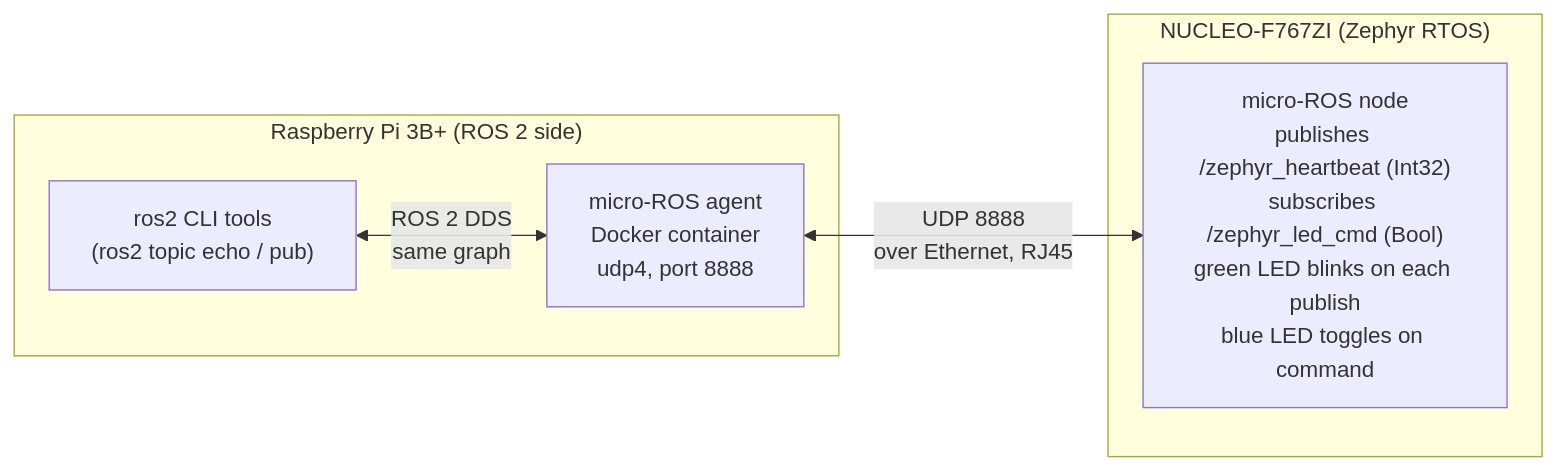
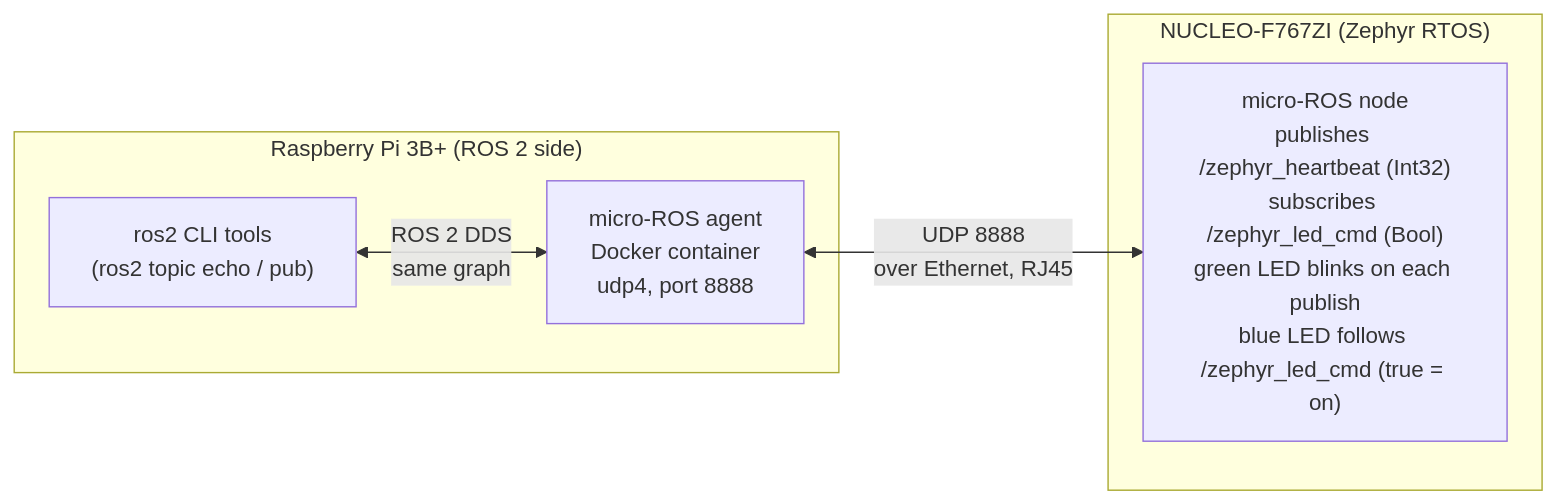
The diagram in README.md (mitselec/microros_nucleo_pi), drawn with Mermaid before and after one commit. The commit also changed other lines of this file and 3 other files, not shown here.

First line of the commit message:
Make /zephyr_led_cmd a level command instead of a toggle

````diff
--- a/README.md
+++ b/README.md
@@ -9,14 +9,14 @@
 ```mermaid
 flowchart LR
     subgraph PI["Raspberry Pi 3B+ (ROS 2 side)"]
         CLI["ros2 CLI tools<br/>(ros2 topic echo / pub)"]
         AGENT["micro-ROS agent<br/>Docker container<br/>udp4, port 8888"]
         CLI <-->|ROS 2 DDS<br/>same graph| AGENT
     end
 
     subgraph NUC["NUCLEO-F767ZI (Zephyr RTOS)"]
-        NODE["micro-ROS node<br/>publishes /zephyr_heartbeat (Int32)<br/>subscribes /zephyr_led_cmd (Bool)<br/>green LED blinks on each publish<br/>blue LED toggles on command"]
+        NODE["micro-ROS node<br/>publishes /zephyr_heartbeat (Int32)<br/>subscribes /zephyr_led_cmd (Bool)<br/>green LED blinks on each publish<br/>blue LED follows /zephyr_led_cmd (true = on)"]
     end
 
     AGENT <-->|UDP 8888<br/>over Ethernet, RJ45| NODE
 ```
````
